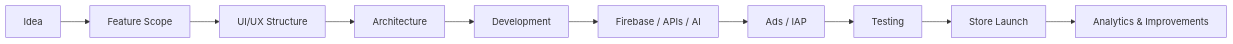
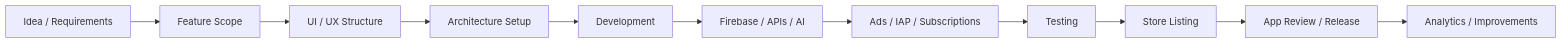
One commit to iamahsanshaaf/iamahsanshaaf changed the diagram in README.md. Above: the diagram before and after it, drawn with Mermaid. The commit also changed other lines of this file, not shown here.

````diff
--- a/README.md
+++ b/README.md
@@ -349,12 +316,13 @@
 ```mermaid
-graph LR
-A[Idea] --> B[Feature Scope]
-B --> C[UI/UX Structure]
-C --> D[Architecture]
-D --> E[Development]
-E --> F[Firebase / APIs / AI]
-F --> G[Ads / IAP]
-G --> H[Testing]
-H --> I[Store Launch]
-I --> J[Analytics & Improvements]
+flowchart LR
+    A[Idea / Requirements] --> B[Feature Scope]
+    B --> C[UI / UX Structure]
+    C --> D[Architecture Setup]
+    D --> E[Development]
+    E --> F[Firebase / APIs / AI]
+    F --> G[Ads / IAP / Subscriptions]
+    G --> H[Testing]
+    H --> I[Store Listing]
+    I --> J[App Review / Release]
+    J --> K[Analytics / Improvements]
 ```
````
